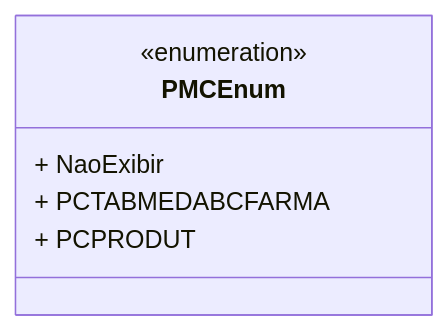
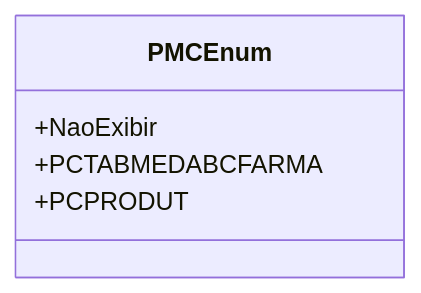
Before and after one commit to IsthmusSistemas/documentacao-tecnica: the diagram in docs/b2b-dominio/IsthmusWinthor.Nucleo/IsthmusWinthor.Dominio/Enumeradores/PMCEnum.md, drawn with Mermaid. The commit also changed other lines of this file and 882 other files, not shown here.

````diff
--- a/docs/b2b-dominio/IsthmusWinthor.Nucleo/IsthmusWinthor.Dominio/Enumeradores/PMCEnum.md
+++ b/docs/b2b-dominio/IsthmusWinthor.Nucleo/IsthmusWinthor.Dominio/Enumeradores/PMCEnum.md
@@ -12,9 +11,8 @@
 ```mermaid
 classDiagram
     class PMCEnum {
-        <<enumeration>>
-        + NaoExibir
-        + PCTABMEDABCFARMA
-        + PCPRODUT
+        +NaoExibir
+        +PCTABMEDABCFARMA
+        +PCPRODUT
     }
 ```
````
